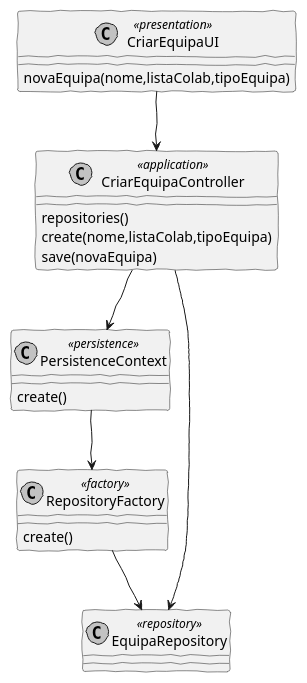
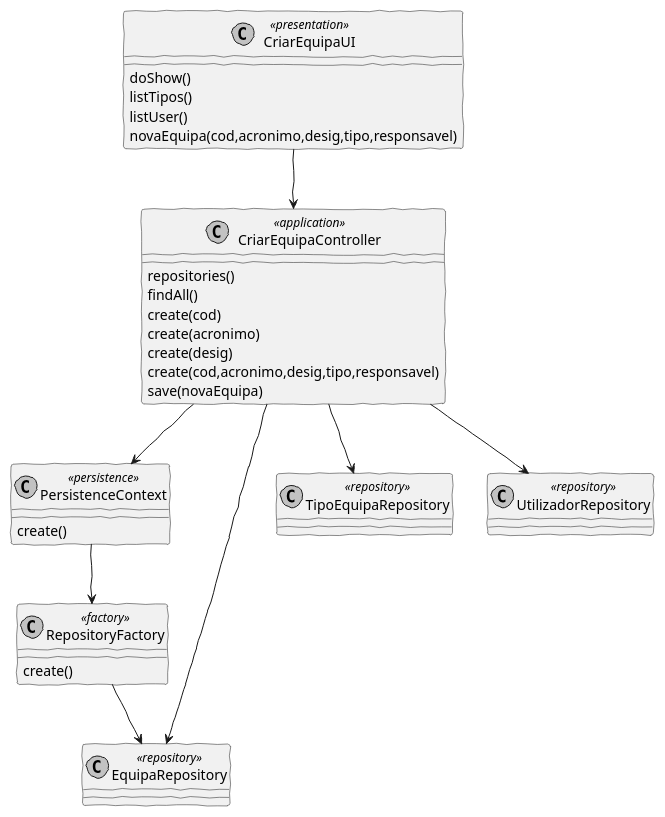
Before and after one commit to pedrolemos4/LAPR4: the diagram in docs/US2052_CriarEquipa/CriarEquipaCD.puml, drawn with PlantUML. The commit also changed 3 other files, not shown here.

```diff
--- a/docs/US2052_CriarEquipa/CriarEquipaCD.puml
+++ b/docs/US2052_CriarEquipa/CriarEquipaCD.puml
@@ -1,32 +1,43 @@
 @startuml
 'http://plantuml.com/skinparam.html
 skinparam handwritten true
 skinparam monochrome true
 skinparam packageStyle rect
 skinparam defaultFontName FG Virgil
 skinparam shadowing false
 
 class CriarEquipaUI <<presentation>>
 class CriarEquipaController <<application>>
 class PersistenceContext <<persistence>>
 class RepositoryFactory <<factory>>
 class EquipaRepository <<repository>>
+class TipoEquipaRepository <<repository>>
+class UtilizadorRepository <<repository>>
 
 
 CriarEquipaUI --> CriarEquipaController
-CriarEquipaUI : novaEquipa(nome,listaColab,tipoEquipa)
+CriarEquipaUI : doShow()
+CriarEquipaUI : listTipos()
+CriarEquipaUI : listUser()
+CriarEquipaUI : novaEquipa(cod,acronimo,desig,tipo,responsavel)
 
 CriarEquipaController : repositories()
-CriarEquipaController : create(nome,listaColab,tipoEquipa)
+CriarEquipaController : findAll()
+CriarEquipaController : create(cod)
+CriarEquipaController : create(acronimo)
+CriarEquipaController : create(desig)
+CriarEquipaController : create(cod,acronimo,desig,tipo,responsavel)
 CriarEquipaController : save(novaEquipa)
 
 CriarEquipaController --> EquipaRepository
+CriarEquipaController --> TipoEquipaRepository
+CriarEquipaController --> UtilizadorRepository
 CriarEquipaController --> PersistenceContext
 PersistenceContext --> RepositoryFactory
 
 RepositoryFactory --> EquipaRepository
 RepositoryFactory : create()
 
 PersistenceContext : create()
 
 @enduml
```
